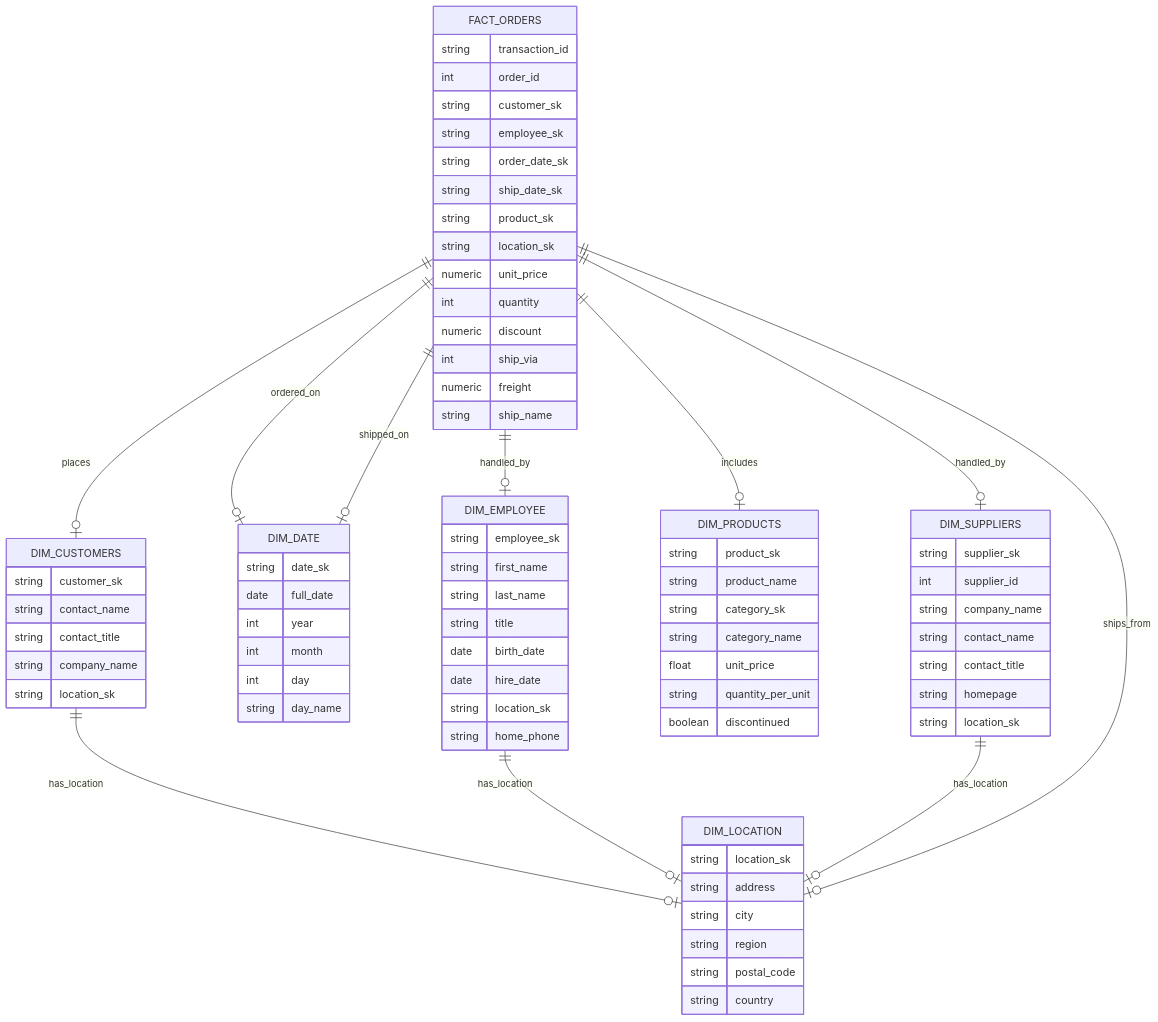
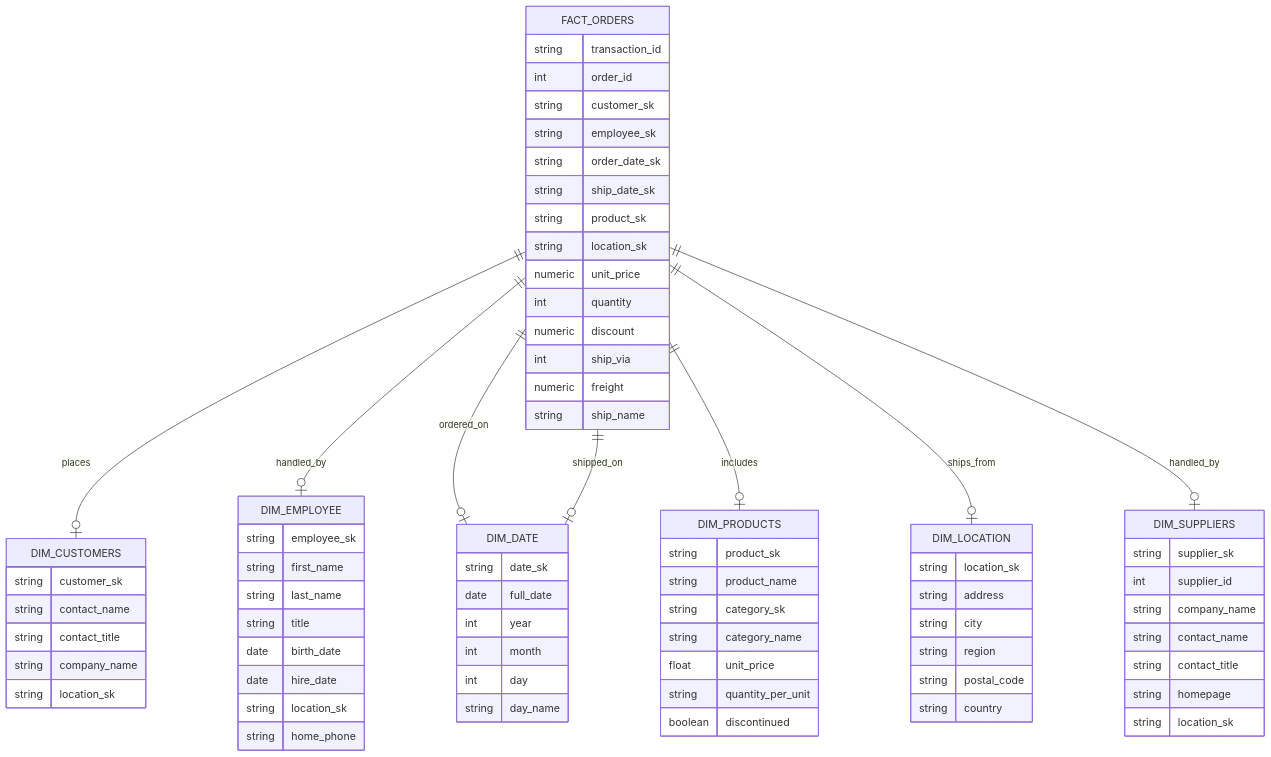
One commit to MAHMOUDMAMDOH8/OLAPify changed the second of 2 diagrams in README.md. Above: the diagram before and after it, drawn with Mermaid.

````diff
--- a/README.md
+++ b/README.md
@@ -68,83 +68,80 @@
 ```mermaid
 erDiagram
     DIM_CUSTOMERS {
         string customer_sk
         string contact_name
         string contact_title
         string company_name
         string location_sk
     }
     DIM_DATE {
         string date_sk
         date full_date
         int year
         int month
         int day
         string day_name
     }
     DIM_EMPLOYEE {
         string employee_sk
         string first_name
         string last_name
         string title
         date birth_date
         date hire_date
         string location_sk
         string home_phone
     }
     DIM_LOCATION {
         string location_sk
         string address
         string city
         string region
         string postal_code
         string country
     }
     DIM_PRODUCTS {
         string product_sk
         string product_name
         string category_sk
         string category_name
         float unit_price
         string quantity_per_unit
         boolean discontinued
     }
     DIM_SUPPLIERS {
         string supplier_sk
         int supplier_id
         string company_name
         string contact_name
         string contact_title
         string homepage
         string location_sk
     }
     FACT_ORDERS {
         string transaction_id
         int order_id
         string customer_sk
         string employee_sk
         string order_date_sk
         string ship_date_sk
         string product_sk
         string location_sk
         numeric unit_price
         int quantity
         numeric discount
         int ship_via
         numeric freight
         string ship_name
     }
 
-    DIM_CUSTOMERS ||--o| DIM_LOCATION : has_location
-    DIM_EMPLOYEE ||--o| DIM_LOCATION : has_location
-    DIM_SUPPLIERS ||--o| DIM_LOCATION : has_location
     FACT_ORDERS ||--o| DIM_CUSTOMERS : places
     FACT_ORDERS ||--o| DIM_EMPLOYEE : handled_by
     FACT_ORDERS ||--o| DIM_DATE : ordered_on
     FACT_ORDERS ||--o| DIM_DATE : shipped_on
     FACT_ORDERS ||--o| DIM_PRODUCTS : includes
     FACT_ORDERS ||--o| DIM_LOCATION : ships_from
     FACT_ORDERS ||--o| DIM_SUPPLIERS: handled_by
 
 
 ```
````
